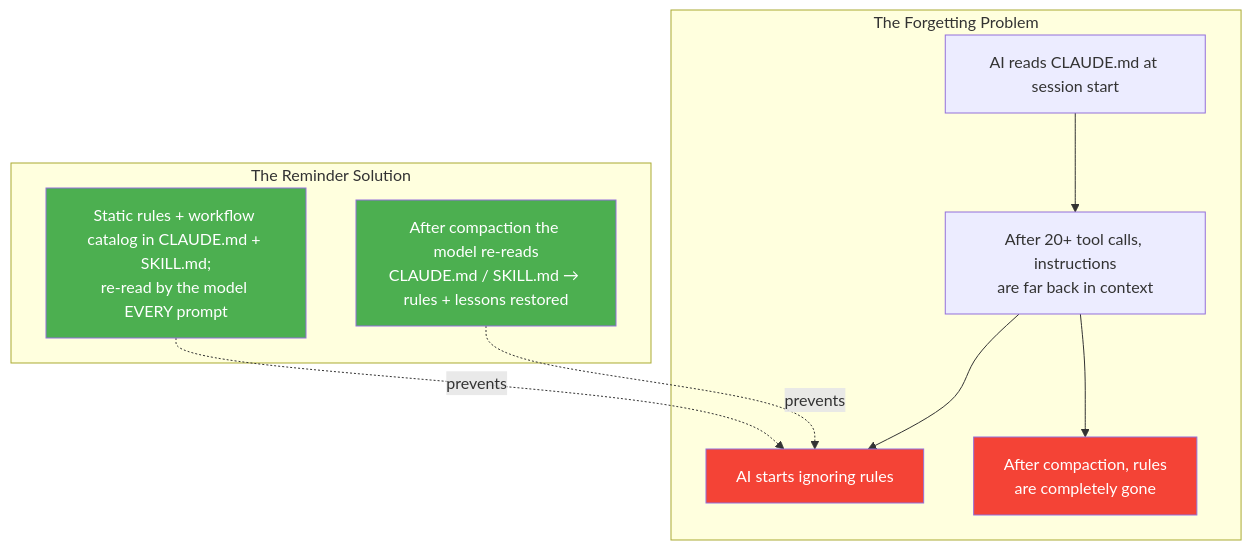
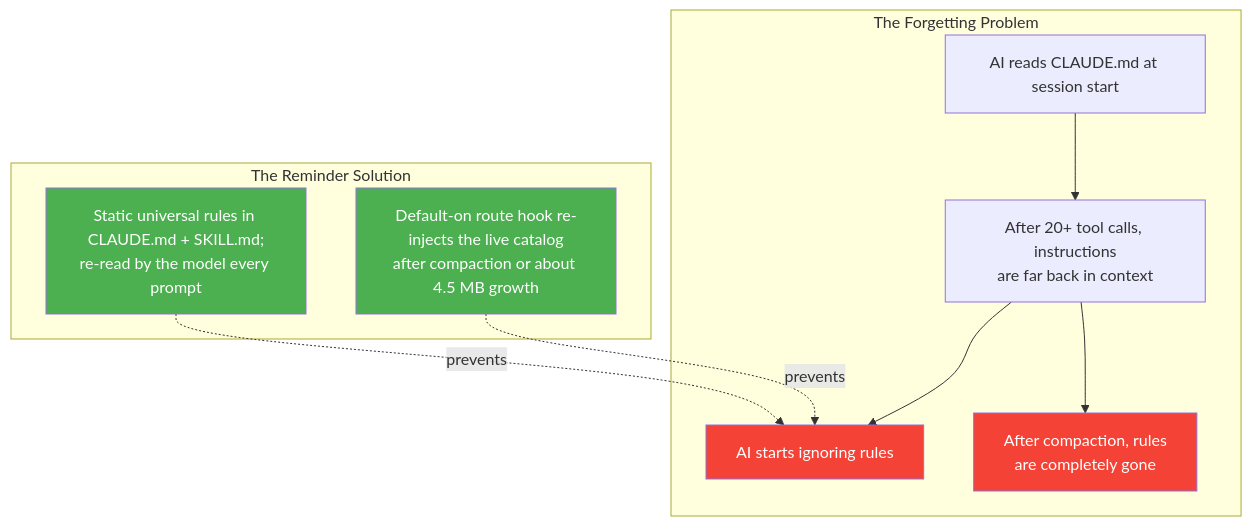
One commit to duc01226/easy-claude changed the tenth of 20 diagrams in .claude/docs/claude-ai-agent-framework-guide.md. Above: the diagram before and after it, drawn with Mermaid. The commit also changed other lines of this file and 610 other files, not shown here.

````diff
--- a/.claude/docs/claude-ai-agent-framework-guide.md
+++ b/.claude/docs/claude-ai-agent-framework-guide.md
@@ -1046,24 +1058,24 @@
 ```mermaid
 graph TB
     subgraph "The Forgetting Problem"
         F1[AI reads CLAUDE.md at session start]
         F2[After 20+ tool calls, instructions<br/>are far back in context]
         F3[AI starts ignoring rules]
         F4[After compaction, rules<br/>are completely gone]
     end
 
     subgraph "The Reminder Solution"
-        R1[Static rules + workflow catalog in CLAUDE.md + SKILL.md;<br/>re-read by the model EVERY prompt]
-        R2[After compaction the model re-reads<br/>CLAUDE.md / SKILL.md → rules + lessons restored]
+        R1[Static universal rules in CLAUDE.md + SKILL.md;<br/>re-read by the model every prompt]
+        R2[Default-on route hook re-injects the live catalog<br/>after compaction or about 4.5 MB growth]
     end
 
     F1 --> F2 --> F3
     F2 --> F4
     R1 -.->|prevents| F3
     R2 -.->|prevents| F3
 
     style F3 fill:#f44336,color:white
     style F4 fill:#f44336,color:white
     style R1 fill:#4CAF50,color:white
     style R2 fill:#4CAF50,color:white
 ```
````
